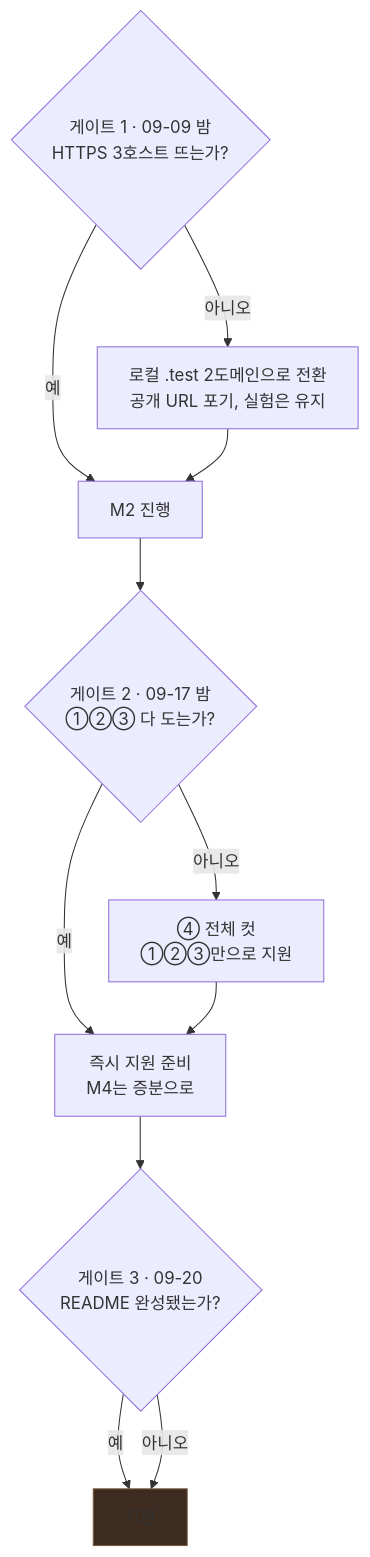
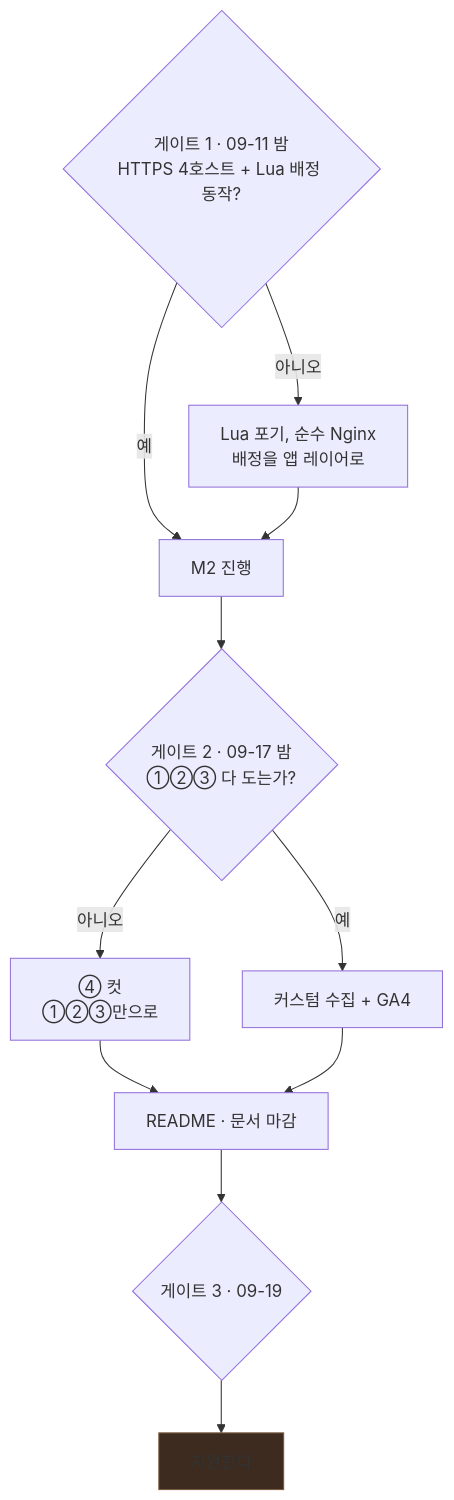
The seventh of 8 diagrams in docs/roadmap.md (http1220/touchpoint), drawn with Mermaid before and after one commit. The commit also changed other lines of this file and 4 other files, not shown here.

````diff
--- a/docs/roadmap.md
+++ b/docs/roadmap.md
@@ -267,15 +312,15 @@
 ```mermaid
 flowchart TD
-    G1{"게이트 1 · 09-09 밤<br/>HTTPS 3호스트 뜨는가?"}
+    G1{"게이트 1 · 09-11 밤<br/>HTTPS 4호스트 + Lua 배정 동작?"}
     G1 -->|예| M2X["M2 진행"]
-    G1 -->|아니오| ALT["로컬 .test 2도메인으로 전환<br/>공개 URL 포기, 실험은 유지"]
+    G1 -->|아니오| ALT["Lua 포기, 순수 Nginx<br/>배정을 앱 레이어로"]
     ALT --> M2X
     M2X --> G2{"게이트 2 · 09-17 밤<br/>①②③ 다 도는가?"}
-    G2 -->|예| APPLY1["즉시 지원 준비<br/>M4는 증분으로"]
-    G2 -->|아니오| CUT1["④ 전체 컷<br/>①②③만으로 지원"]
-    CUT1 --> APPLY1
-    APPLY1 --> G3{"게이트 3 · 09-20<br/>README 완성됐는가?"}
-    G3 -->|예| SUBMIT["지원"]
-    G3 -->|아니오| SUBMIT
+    G2 -->|예| M4X["커스텀 수집 + GA4"]
+    G2 -->|아니오| CUT["④ 컷<br/>①②③만으로"]
+    CUT --> FIN
+    M4X --> FIN["README · 문서 마감"]
+    FIN --> G3{"게이트 3 · 09-19"}
+    G3 --> SUBMIT["지원한다"]
     style SUBMIT fill:#3d2b1f,stroke:#7a5a3d
 ```
````
